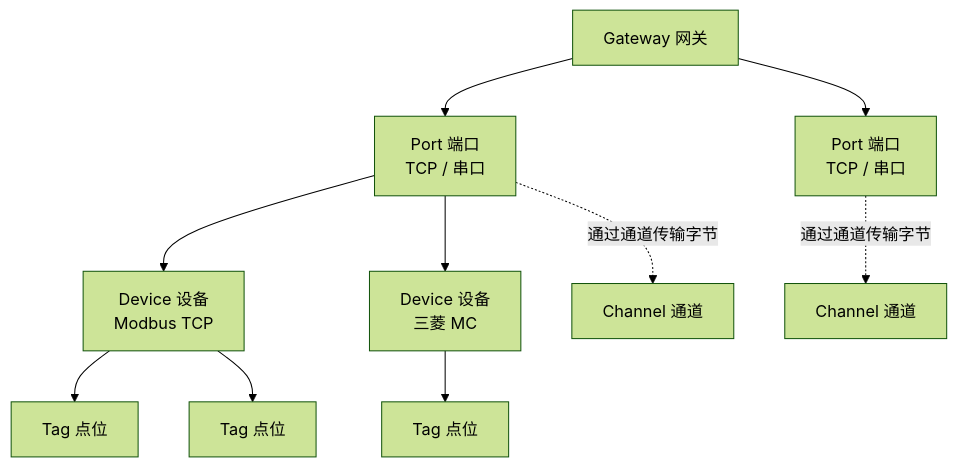
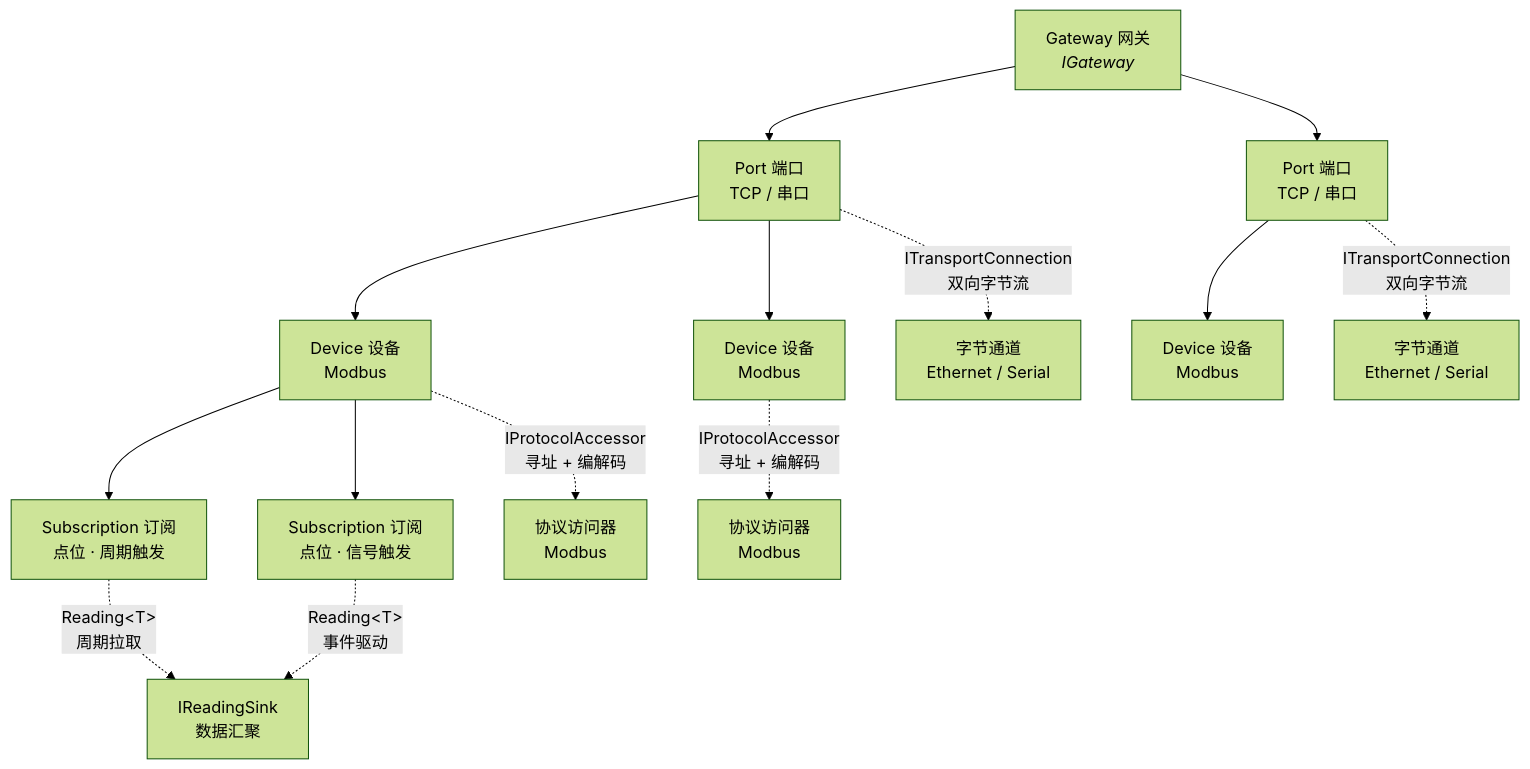
Before and after one commit to thabesoft/EdgeGateway: the first of 10 diagrams in README.md, drawn with Mermaid (forest theme). The commit also changed other lines of this file, not shown here.

````diff
--- a/README.md
+++ b/README.md
@@ -10,15 +31,28 @@
 ```mermaid
 graph TD
-    GW[Gateway 网关] --> P1[Port 端口<br/>TCP / 串口]
-    GW --> P2[Port 端口<br/>TCP / 串口]
+    GW["Gateway 网关<br/><i>IGateway</i>"]
+    P1["Port 端口<br/>TCP / 串口"]
+    P2["Port 端口<br/>TCP / 串口"]
+    D1["Device 设备<br/>Modbus"]
+    D2["Device 设备<br/>Modbus"]
+    D3["Device 设备<br/>Modbus"]
+    S1["Subscription 订阅<br/>点位 · 周期触发"]
+    S2["Subscription 订阅<br/>点位 · 信号触发"]
 
-    P1 --> D1[Device 设备<br/>Modbus TCP]
-    P1 --> D2[Device 设备<br/>三菱 MC]
+    GW --> P1
+    GW --> P2
+    P1 --> D1
+    P1 --> D2
+    P2 --> D3
+    D1 --> S1
+    D1 --> S2
 
-    D1 --> T1[Tag 点位]
-    D1 --> T2[Tag 点位]
-    D2 --> T3[Tag 点位]
+    P1 -. "ITransportConnection<br/>双向字节流" .-> C1["字节通道<br/>Ethernet / Serial"]
+    P2 -. "ITransportConnection<br/>双向字节流" .-> C2["字节通道<br/>Ethernet / Serial"]
 
-    P1 -. 通过通道传输字节 .-> C1[Channel 通道]
-    P2 -. 通过通道传输字节 .-> C2[Channel 通道]
+    D1 -. "IProtocolAccessor<br/>寻址 + 编解码" .-> A1["协议访问器<br/>Modbus"]
+    D2 -. "IProtocolAccessor<br/>寻址 + 编解码" .-> A2["协议访问器<br/>Modbus"]
+
+    S1 -. "Reading&lt;T&gt;<br/>周期拉取" .-> R["IReadingSink<br/>数据汇聚"]
+    S2 -. "Reading&lt;T&gt;<br/>事件驱动" .-> R
 ```
````
